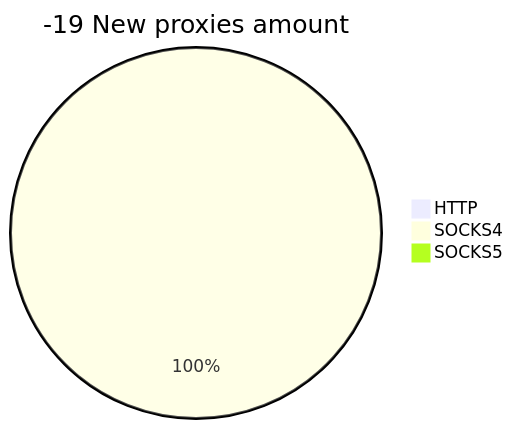
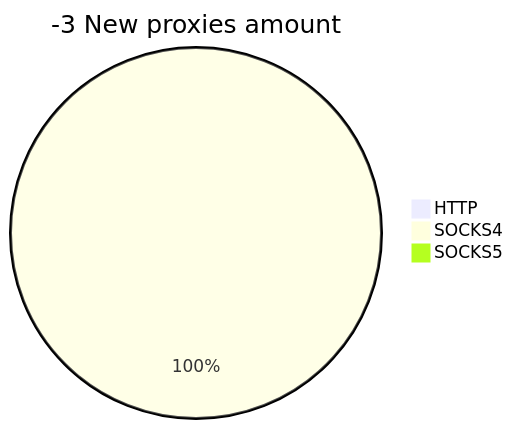
One commit to cutipu/proxylist changed the second of 2 diagrams in README.md. Above: the diagram before and after it, drawn with Mermaid. The commit also changed other lines of this file, not shown here.

````diff
--- a/README.md
+++ b/README.md
@@ -10,6 +10,6 @@
 ```mermaid
-pie title -19 New proxies amount
+pie title -3 New proxies amount
     "HTTP" : 0
-    "SOCKS4" : 3
+    "SOCKS4" : 2
     "SOCKS5" : 0
 ```
````
